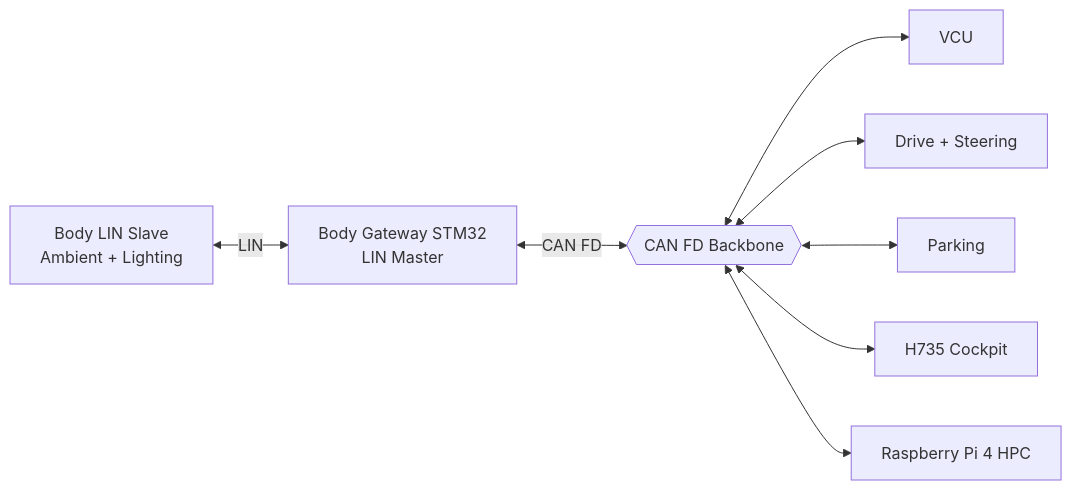
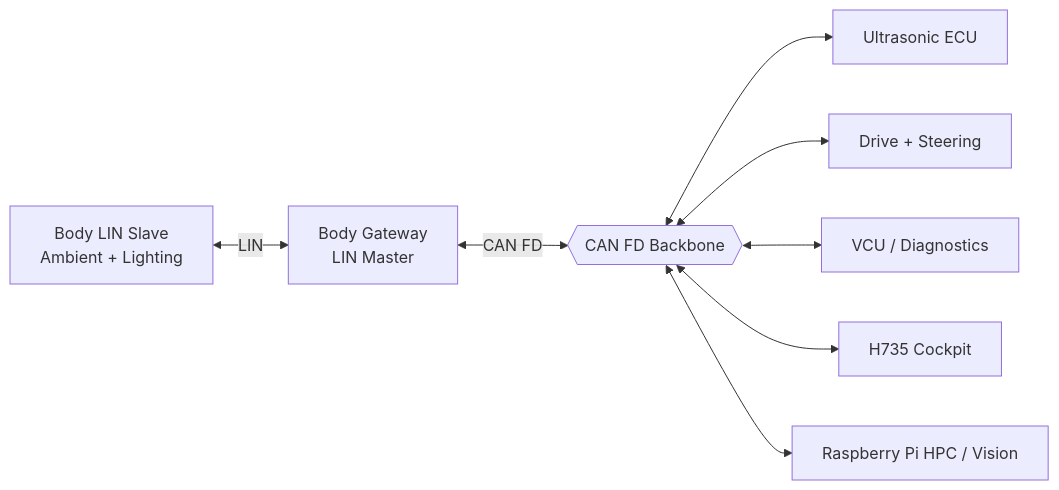
One commit to sunmaan22/SDV_MCU_Project changed the third of 4 diagrams in README.md. Above: the diagram before and after it, drawn with Mermaid. The commit also changed other lines of this file, not shown here.

Commit message:
docs: align README with six-role perception judgment control architecture

````diff
--- a/README.md
+++ b/README.md
@@ -92,10 +169,10 @@
 ```mermaid
 flowchart LR
-    LINNODE["Body LIN Slave\nAmbient + Lighting"] <-->|"LIN"| GW["Body Gateway STM32\nLIN Master"]
-    GW <-->|"CAN FD"| CAN{{"CAN FD Backbone"}}
-    CAN <--> VCU["VCU"]
+    BODY["Body LIN Slave\nAmbient + Lighting"] <-->|LIN| GW["Body Gateway\nLIN Master"]
+    GW <-->|CAN FD| CAN{{"CAN FD Backbone"}}
+    CAN <--> USS["Ultrasonic ECU"]
     CAN <--> DRIVE["Drive + Steering"]
-    CAN <--> PARK["Parking"]
+    CAN <--> VCU["VCU / Diagnostics"]
     CAN <--> H735["H735 Cockpit"]
-    CAN <--> PI["Raspberry Pi 4 HPC"]
+    CAN <--> HPC["Raspberry Pi HPC / Vision"]
 ```
````
